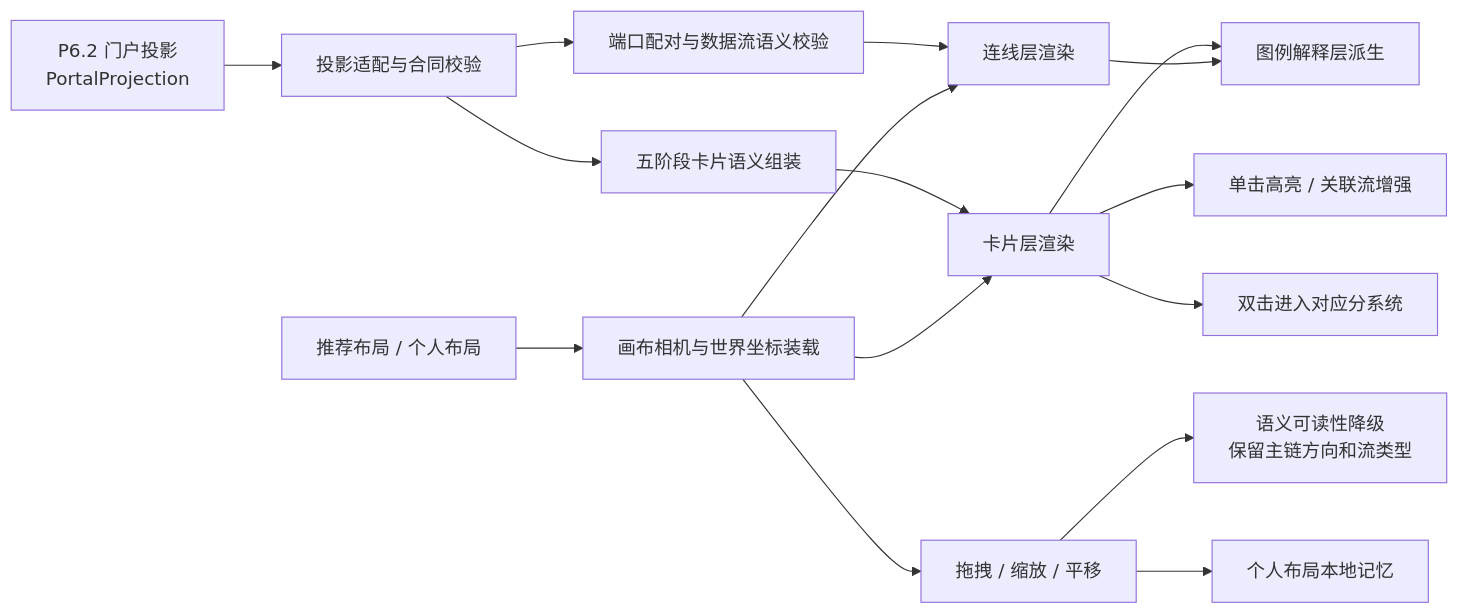
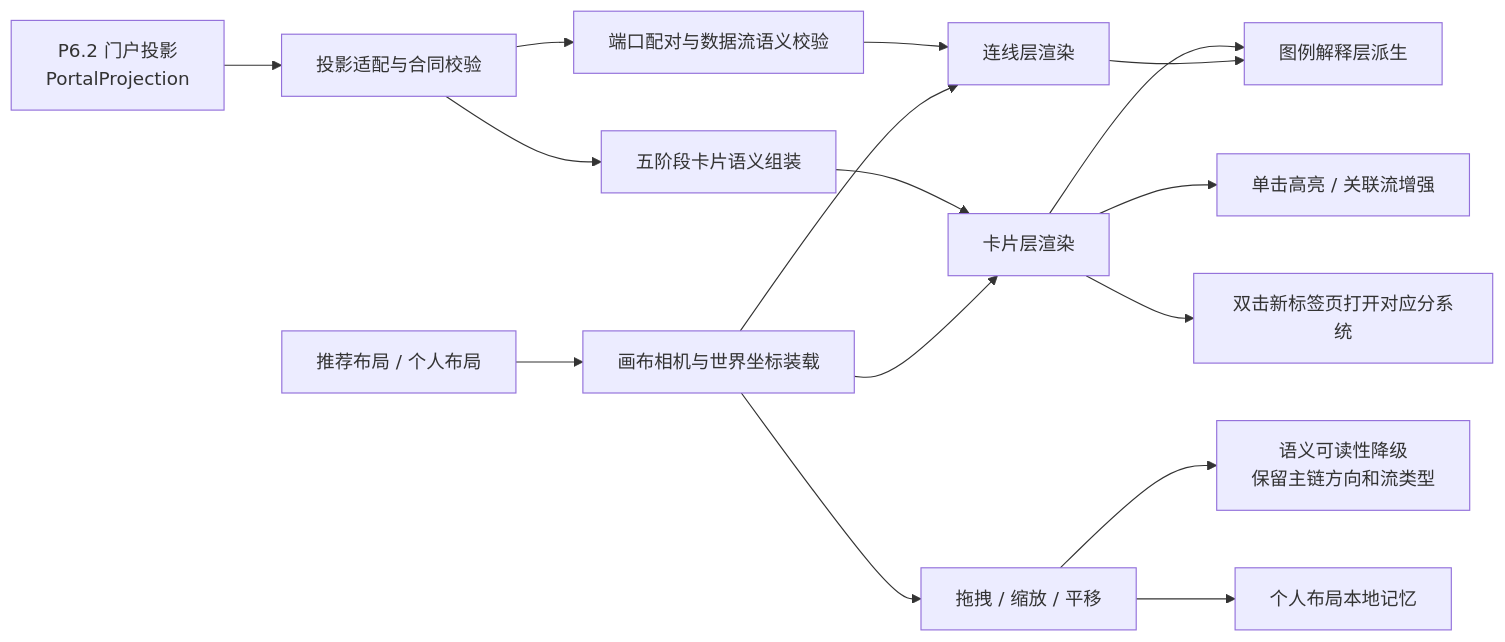
Before and after one commit to wgwtest/CodeFactoryV2: the first of 4 diagrams in DOC/CODEX_DOC/02_设计说明/P6_门户与平台入口/P6.1-首屏观察门户设计.md, drawn with Mermaid. The commit also changed other lines of this file and 16 other files, not shown here.

````diff
--- a/DOC/CODEX_DOC/02_设计说明/P6_门户与平台入口/P6.1-首屏观察门户设计.md
+++ b/DOC/CODEX_DOC/02_设计说明/P6_门户与平台入口/P6.1-首屏观察门户设计.md
@@ -241,18 +241,18 @@
 ```mermaid
 flowchart LR
     A["P6.2 门户投影<br/>PortalProjection"] --> B["投影适配与合同校验"]
     B --> C["五阶段卡片语义组装"]
     B --> D["端口配对与数据流语义校验"]
     E["推荐布局 / 个人布局"] --> F["画布相机与世界坐标装载"]
     C --> G["卡片层渲染"]
     D --> H["连线层渲染"]
     F --> G
     F --> H
     G --> I["图例解释层派生"]
     H --> I
     G --> J["单击高亮 / 关联流增强"]
-    G --> K["双击进入对应分系统"]
+    G --> K["双击新标签页打开对应分系统"]
     F --> L["拖拽 / 缩放 / 平移"]
     L --> M["语义可读性降级<br/>保留主链方向和流类型"]
     L --> N["个人布局本地记忆"]
 ```
````
